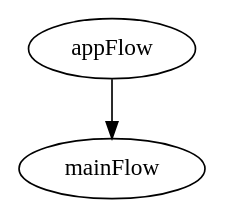
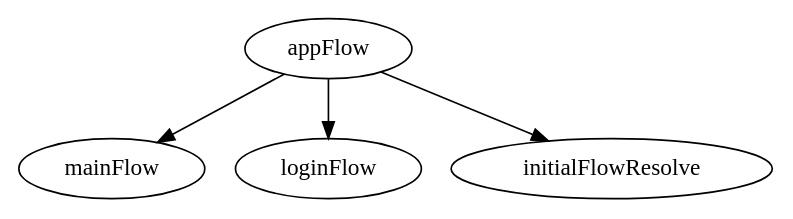
One commit to DeveloperPalmer/clarify-android changed the diagram in app/routing/src/main/way/app_flow.dot. Above: the diagram before and after it, drawn with Graphviz. The commit also changed 27 other files, not shown here.

Commit message:
[login] Add login flow and logic

```diff
--- a/app/routing/src/main/way/app_flow.dot
+++ b/app/routing/src/main/way/app_flow.dot
@@ -1,8 +1,20 @@
 digraph AppFlow {
   package = "ru.sla.clarify.app.routing"
 
-  appFlow [type = "flow"]
-  mainFlow [type = "schema"]
+  appFlow [
+    type = "flow"
+  ]
 
+  mainFlow [
+    type = "schema"
+  ]
+
+  loginFlow [
+    type = "schema",
+    resultType = "ru.sla.clarify.feature.login.routing.LoginFlow.Result"
+  ]
+
+  appFlow -> initialFlowResolve
+  appFlow -> loginFlow
   appFlow -> mainFlow
 }
```
